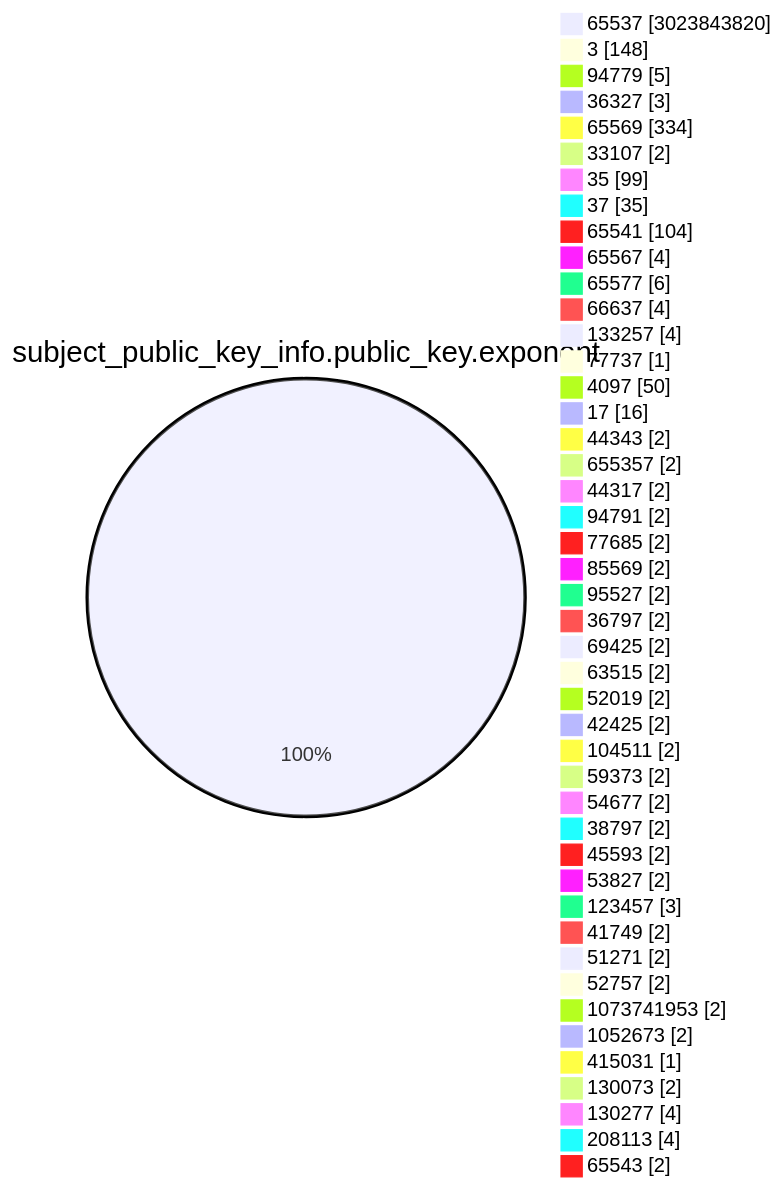
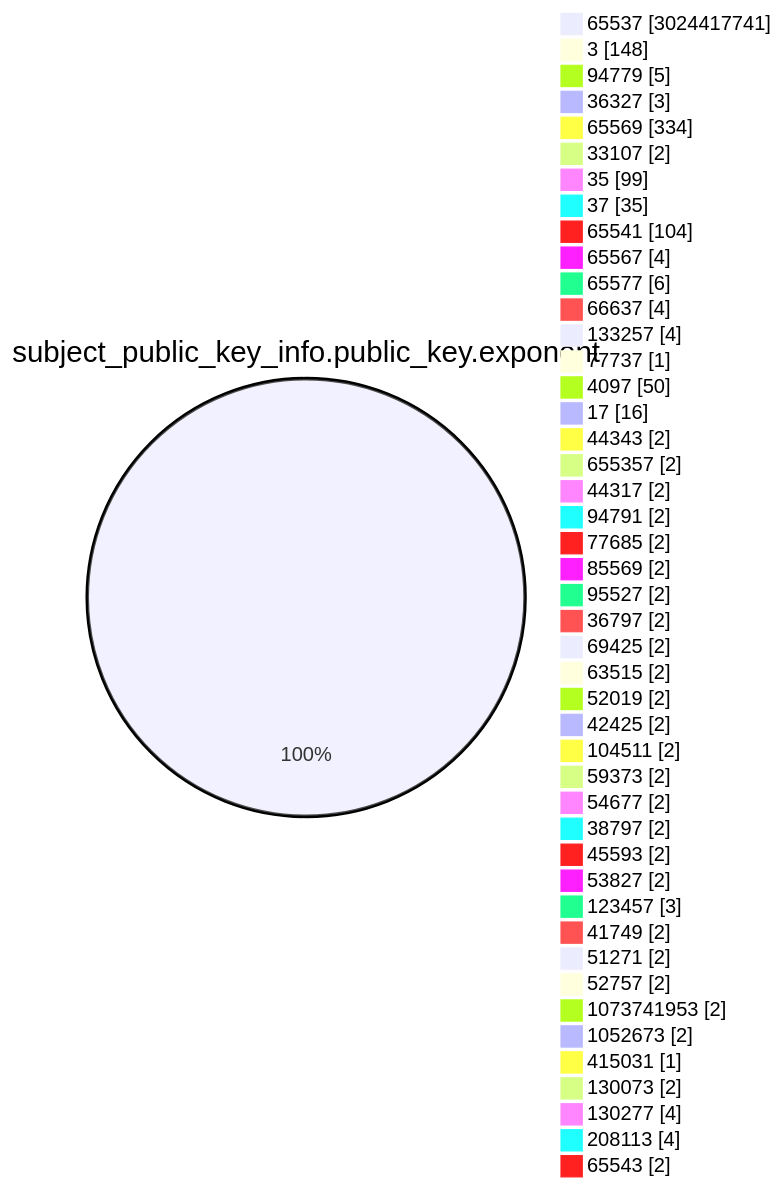
One commit to christiankrug/ctmonitor_visualization changed the fourth of 15 diagrams in TOTAL/README.md. Above: the diagram before and after it, drawn with Mermaid. The commit also changed other lines of this file, not shown here.

````diff
--- a/TOTAL/README.md
+++ b/TOTAL/README.md
@@ -1473,49 +1473,49 @@
 ```mermaid
 pie showData
 title subject_public_key_info.public_key.exponent
-"65537" :3023843820
+"65537" :3024417741
 "3" :148
 "94779" :5
 "36327" :3
 "65569" :334
 "33107" :2
 "35" :99
 "37" :35
 "65541" :104
 "65567" :4
 "65577" :6
 "66637" :4
 "133257" :4
 "77737" :1
 "4097" :50
 "17" :16
 "44343" :2
 "655357" :2
 "44317" :2
 "94791" :2
 "77685" :2
 "85569" :2
 "95527" :2
 "36797" :2
 "69425" :2
 "63515" :2
 "52019" :2
 "42425" :2
 "104511" :2
 "59373" :2
 "54677" :2
 "38797" :2
 "45593" :2
 "53827" :2
 "123457" :3
 "41749" :2
 "51271" :2
 "52757" :2
 "1073741953" :2
 "1052673" :2
 "415031" :1
 "130073" :2
 "130277" :4
 "208113" :4
 "65543" :2
 ```
````
